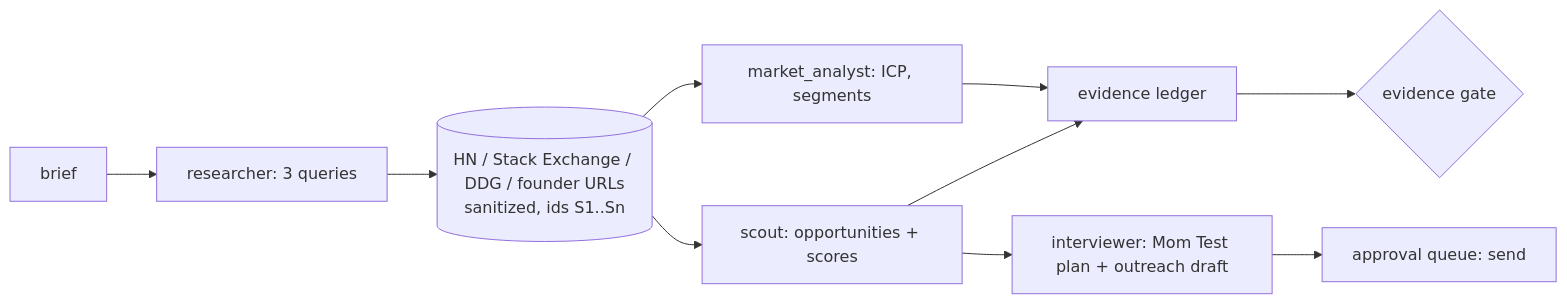
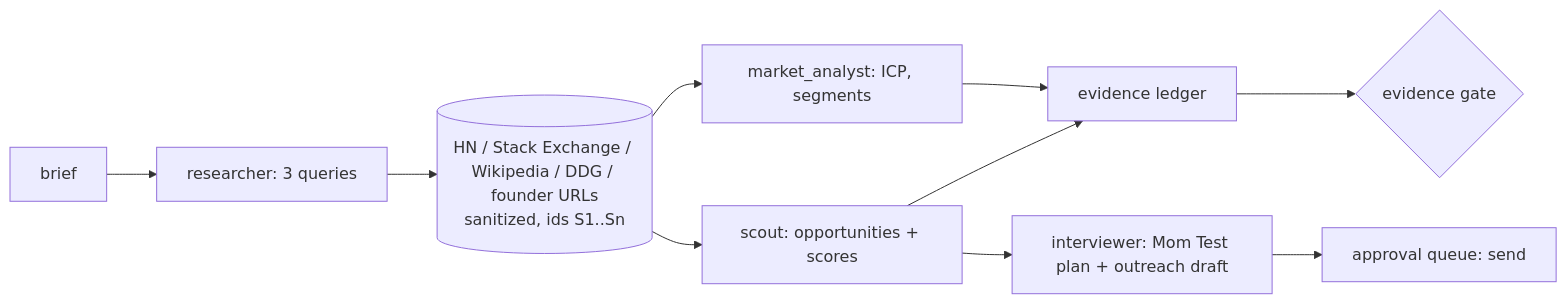
One commit to Elgahmy1/founder-agents changed the third of 9 diagrams in ARCHITECTURE.md. Above: the diagram before and after it, drawn with Mermaid. The commit also changed other lines of this file and 1 other file, not shown here.

Commit message:
Docs: cost figures match the decision log (six phases + optional core-code step + second run); architecture lists Wikipedia and the free-tier fallback
Claude-Session: https://claude.ai/code/session_01N1bZw6ruygmWo2FoNPb2gg

````diff
--- a/ARCHITECTURE.md
+++ b/ARCHITECTURE.md
@@ -92,12 +92,12 @@
 ```mermaid
 flowchart LR
     BR[brief] --> R[researcher: 3 queries]
-    R --> SRC[(HN / Stack Exchange / DDG / founder URLs<br/>sanitized, ids S1..Sn)]
+    R --> SRC[(HN / Stack Exchange / Wikipedia / DDG / founder URLs<br/>sanitized, ids S1..Sn)]
     SRC --> SC[scout: opportunities + scores]
     SRC --> MA[market_analyst: ICP, segments]
     SC --> LED[evidence ledger]
     MA --> LED
     SC --> IV[interviewer: Mom Test plan + outreach draft]
     IV --> AQ[approval queue: send]
     LED --> G1{evidence gate}
 ```
````
